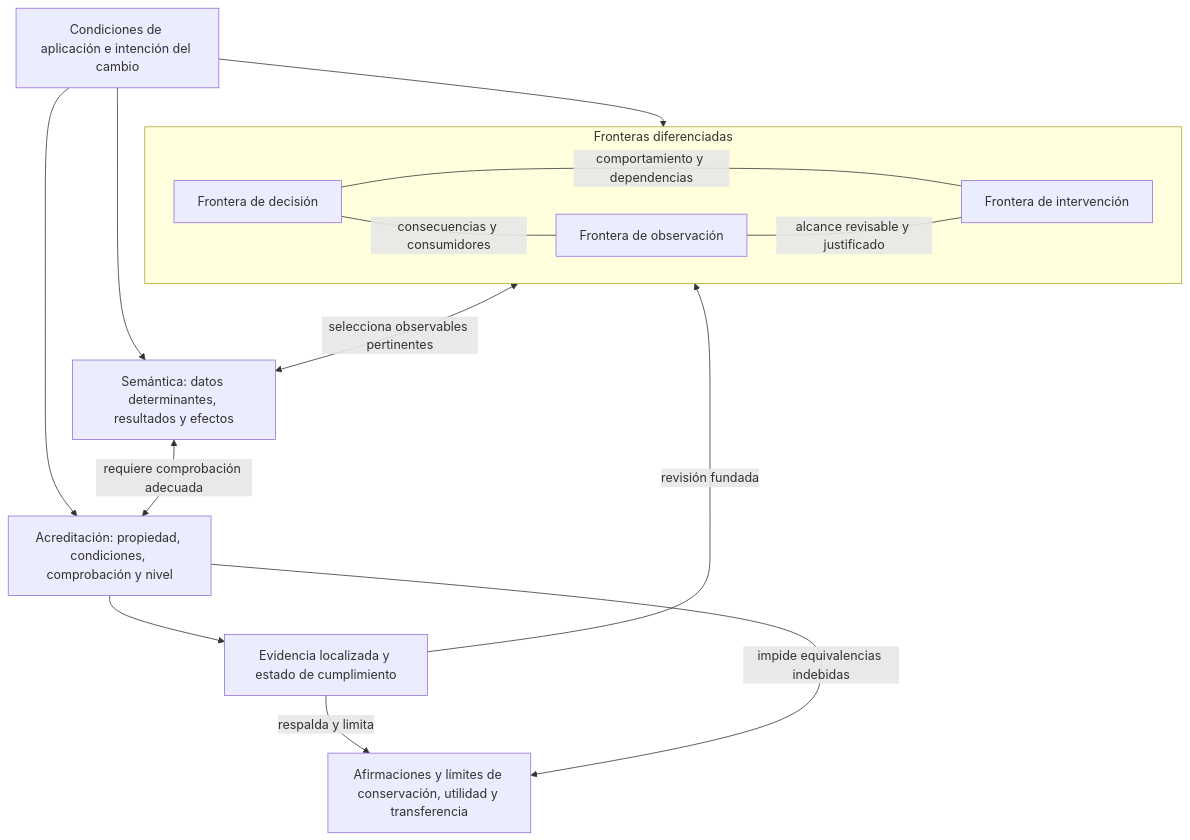
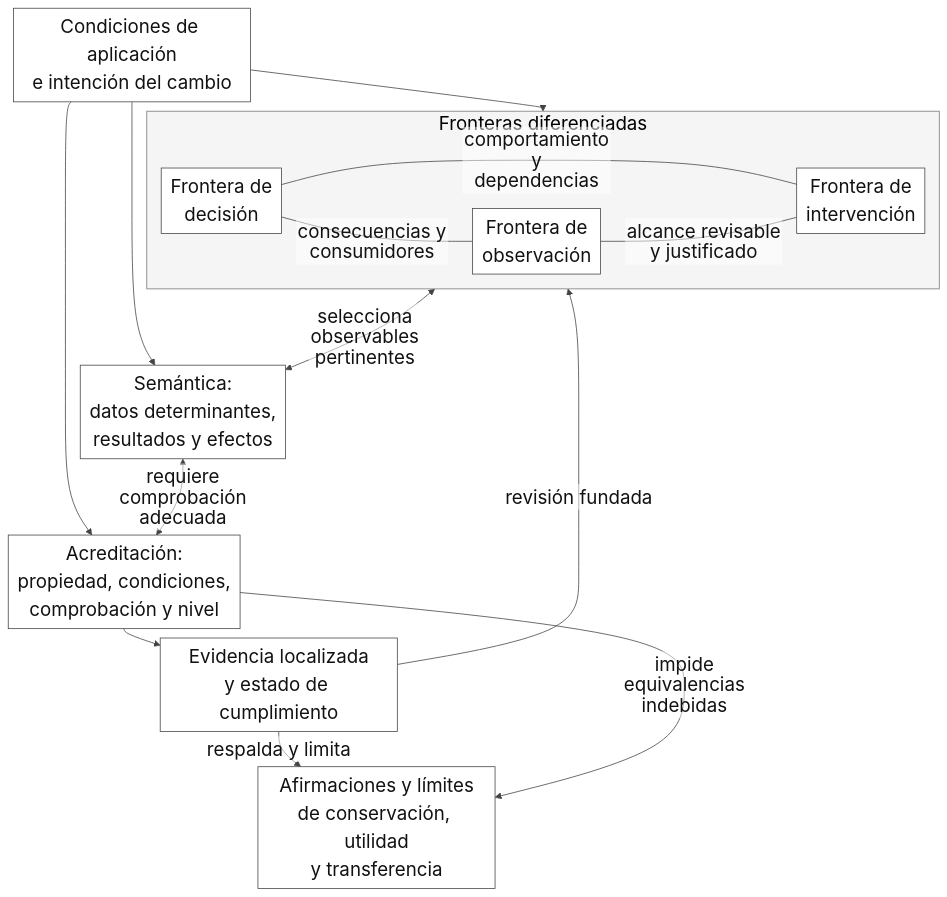
One commit to mariouriarte/kit-tesis-design-science changed the first of 4 diagrams in entrega_alsie/IFI_ALSIE.md. Above: the diagram before and after it, drawn with Mermaid. The commit also changed other lines of this file and 5 other files, not shown here.

````diff
--- a/entrega_alsie/IFI_ALSIE.md
+++ b/entrega_alsie/IFI_ALSIE.md
@@ -565,25 +568,27 @@
 ```mermaid
+%%{init: {"theme":"base","fontFamily":"Arial","themeVariables":{"fontFamily":"Arial","fontSize":"24px","primaryColor":"#ffffff","primaryTextColor":"#111111","primaryBorderColor":"#444444","lineColor":"#444444","clusterBkg":"#f5f5f5","clusterBorder":"#777777","edgeLabelBackground":"#ffffff"},"flowchart":{"htmlLabels":false,"nodeSpacing":18,"rankSpacing":12,"padding":6,"diagramPadding":8,"wrappingWidth":280}}}%%
 flowchart TB
-    C[Condiciones de aplicación e intención del cambio]
-    subgraph F[Fronteras diferenciadas]
-      D[Frontera de decisión]
-      O[Frontera de observación]
-      I[Frontera de intervención]
-      D ---|consecuencias y consumidores| O
-      D ---|comportamiento y dependencias| I
-      O ---|alcance revisable y justificado| I
+    C["Condiciones de aplicación<br/>e intención del cambio"]
+    subgraph F["Fronteras diferenciadas"]
+      direction LR
+      D["Frontera de<br/>decisión"]
+      O["Frontera de<br/>observación"]
+      I["Frontera de<br/>intervención"]
+      D ---|"consecuencias y<br/>consumidores"| O
+      D ---|"comportamiento y<br/>dependencias"| I
+      O ---|"alcance revisable<br/>y justificado"| I
     end
-    S[Semántica: datos determinantes, resultados y efectos]
-    A[Acreditación: propiedad, condiciones, comprobación y nivel]
-    E[Evidencia localizada y estado de cumplimiento]
-    R[Afirmaciones y límites de conservación, utilidad y transferencia]
+    S["Semántica:<br/>datos determinantes,<br/>resultados y efectos"]
+    A["Acreditación:<br/>propiedad, condiciones,<br/>comprobación y nivel"]
+    E["Evidencia localizada<br/>y estado de cumplimiento"]
+    R["Afirmaciones y límites<br/>de conservación, utilidad<br/>y transferencia"]
     C --> F
     C --> S
     C --> A
-    F <-->|selecciona observables pertinentes| S
-    S <-->|requiere comprobación adecuada| A
+    F <-->|"selecciona observables<br/>pertinentes"| S
+    S <-->|"requiere comprobación<br/>adecuada"| A
     A --> E
     E -->|revisión fundada| F
     E -->|respalda y limita| R
-    A -->|impide equivalencias indebidas| R
+    A -->|"impide equivalencias<br/>indebidas"| R
 ```
````
